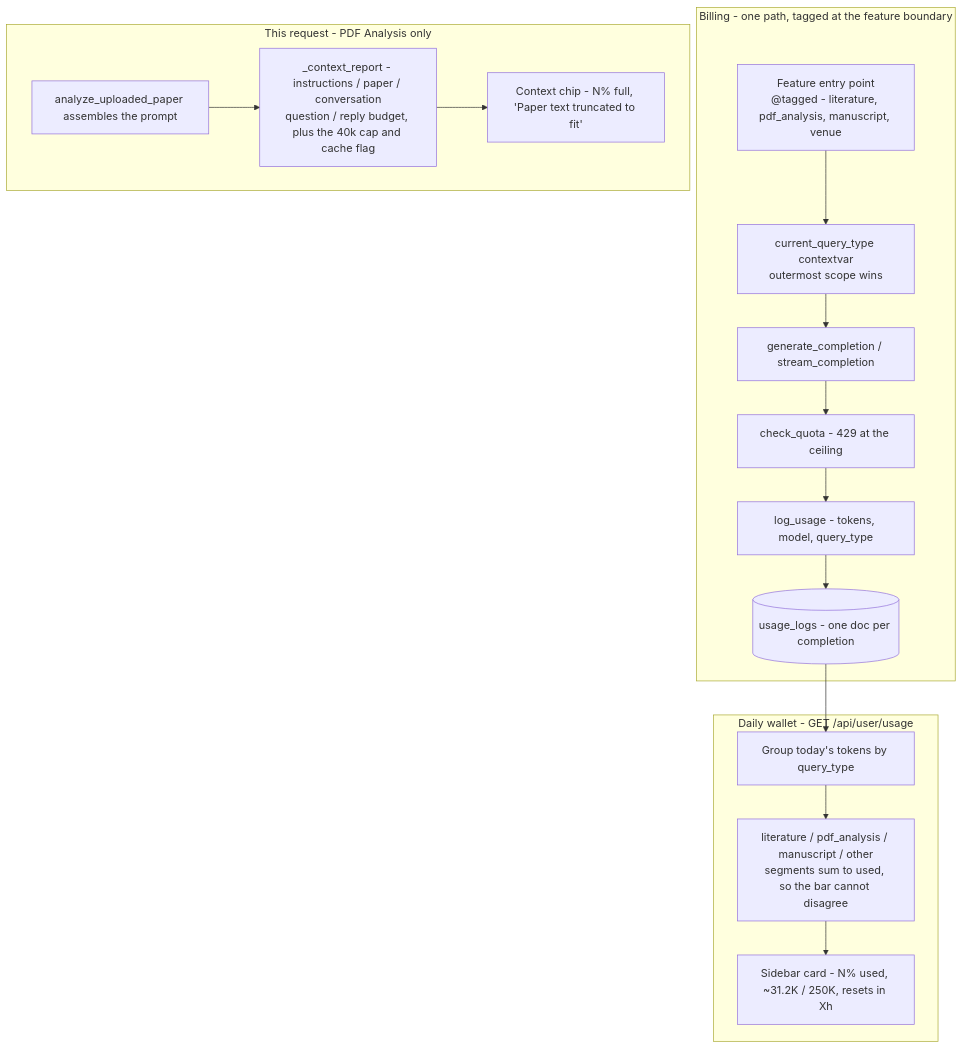
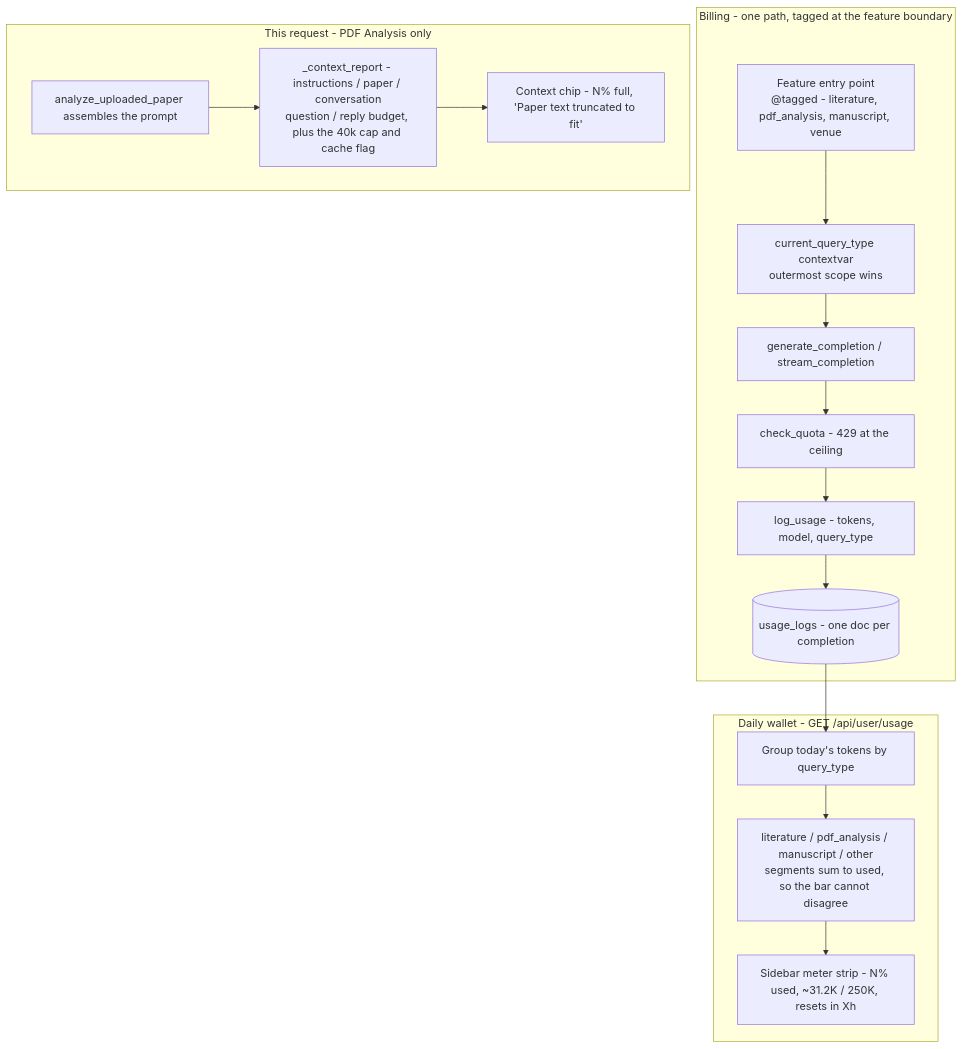
Before and after one commit to Saathwik43/Ai_Powered_Research_Agent: diagram 11 of 11 in architecture_and_workflow.md, drawn with Mermaid. The commit also changed other lines of this file and 78 other files, not shown here.

````diff
--- a/architecture_and_workflow.md
+++ b/architecture_and_workflow.md
@@ -1235,26 +1325,26 @@
 ```mermaid
 flowchart TD
     subgraph Spend["Billing - one path, tagged at the feature boundary"]
         Entry["Feature entry point<br/>@tagged - literature, pdf_analysis, manuscript, venue"]
         Ctx["current_query_type contextvar<br/>outermost scope wins"]
         Gen["generate_completion / stream_completion"]
         Check["check_quota - 429 at the ceiling"]
         Log["log_usage - tokens, model, query_type"]
         Logs[("usage_logs - one doc per completion")]
         Entry --> Ctx --> Gen --> Check --> Log --> Logs
     end
 
     subgraph Wallet["Daily wallet - GET /api/user/usage"]
         Group["Group today's tokens by query_type"]
         Buckets["literature / pdf_analysis / manuscript / other<br/>segments sum to used, so the bar cannot disagree"]
-        Card["Sidebar card - N% used, ~31.2K / 250K, resets in Xh"]
+        Card["Sidebar meter strip - N% used, ~31.2K / 250K, resets in Xh"]
         Logs --> Group --> Buckets --> Card
     end
 
     subgraph Window["This request - PDF Analysis only"]
         Build["analyze_uploaded_paper assembles the prompt"]
         Report["_context_report - instructions / paper / conversation<br/>question / reply budget, plus the 40k cap and cache flag"]
         Chip["Context chip - N% full, 'Paper text truncated to fit'"]
         Build --> Report --> Chip
     end
 ```
````
